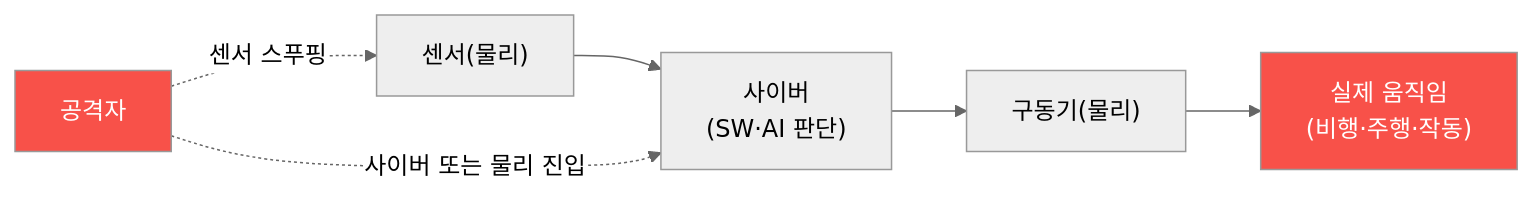
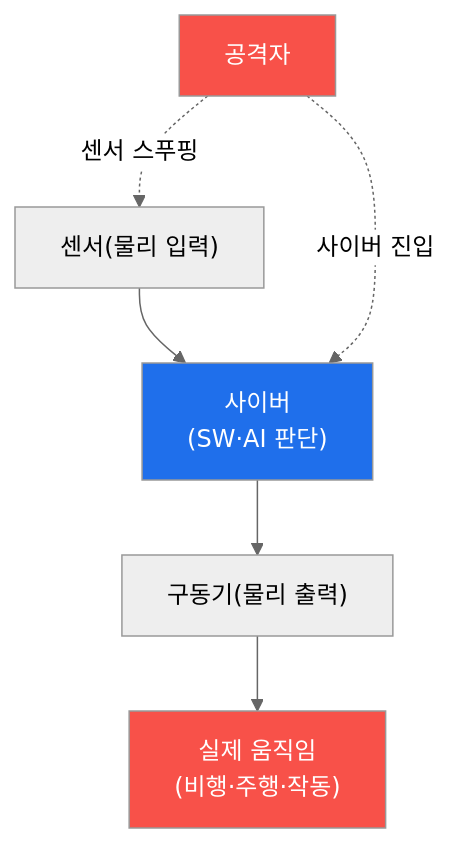
The diagram in contents/training/autonomous-systems/lecture_week01.md (mrgrit/tw2), drawn with Mermaid (neutral theme) before and after one commit. The commit also changed other lines of this file and 1 other file, not shown here.

````diff
--- a/contents/training/autonomous-systems/lecture_week01.md
+++ b/contents/training/autonomous-systems/lecture_week01.md
@@ -54,10 +57,11 @@
 ```mermaid
-graph LR
-    S["센서(물리)"] --> C["사이버<br/>(SW·AI 판단)"]
-    C --> A["구동기(물리)"]
+graph TD
+    S["센서(물리 입력)"] --> C["사이버<br/>(SW·AI 판단)"]
+    C --> A["구동기(물리 출력)"]
     A --> W["실제 움직임<br/>(비행·주행·작동)"]
-    ATK["공격자"] -.사이버 또는 물리 진입.-> C
-    ATK -.센서 스푸핑.-> S
+    ATK["공격자"] -. "사이버 진입" .-> C
+    ATK -. "센서 스푸핑" .-> S
     style W fill:#f85149,color:#fff
     style ATK fill:#f85149,color:#fff
+    style C fill:#1f6feb,color:#fff
 ```
````
